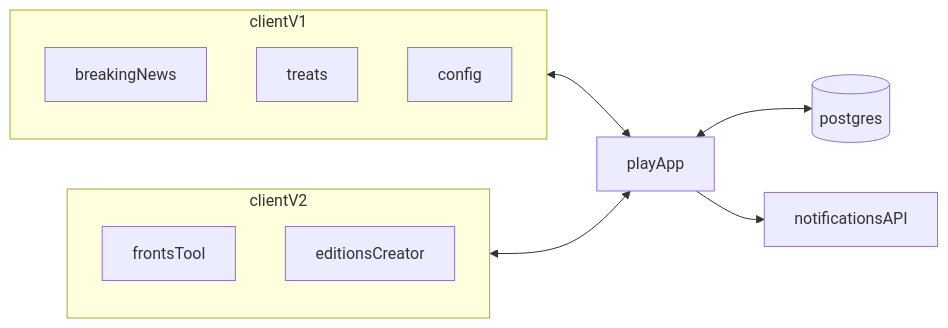
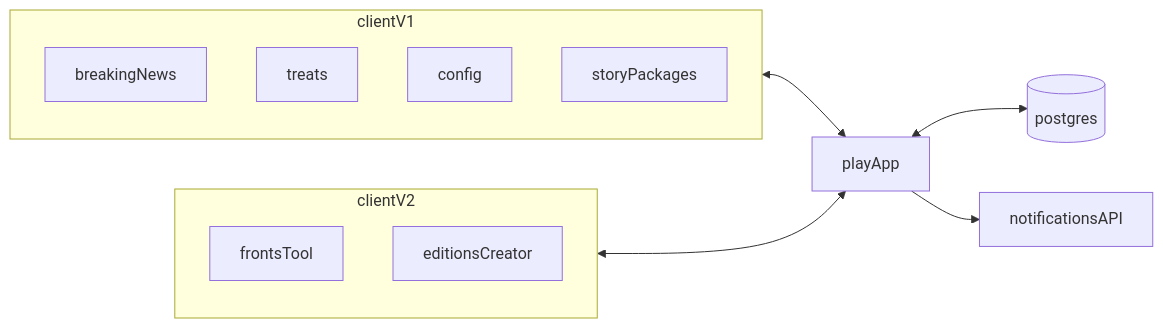
The diagram in README.md (guardian/facia-tool), drawn with Mermaid before and after one commit.

Commit message:
Add storyPackages

````diff
--- a/README.md
+++ b/README.md
@@ -64,16 +64,17 @@
 ``` mermaid
 graph LR
   subgraph clientV1
     breakingNews
     treats
     config
+    storyPackages
   end
   subgraph clientV2
     frontsTool
     editionsCreator
   end
   clientV1 <--> playApp
   clientV2 <--> playApp
   playApp <--> postgres[(postgres)]
   playApp --> notificationsAPI
 ```
````
